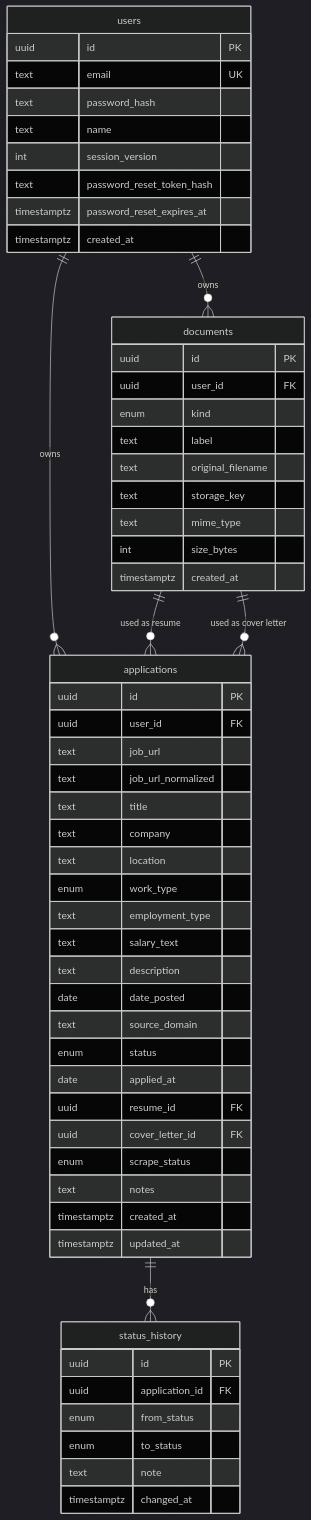
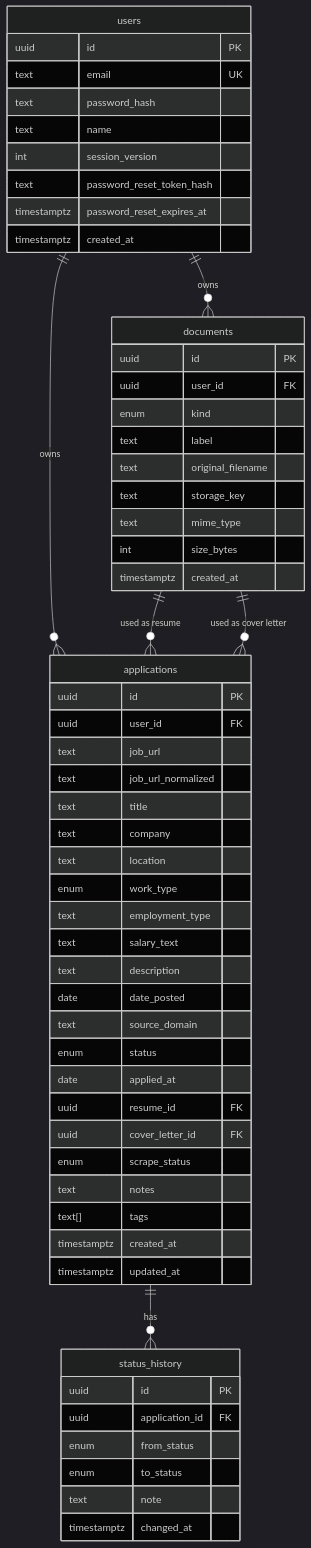
Before and after one commit to aarusa/jobtracker: the diagram in docs/DATA_MODEL.md, drawn with Mermaid (dark theme). The commit also changed other lines of this file and 33 other files, not shown here.

````diff
--- a/docs/DATA_MODEL.md
+++ b/docs/DATA_MODEL.md
@@ -8,61 +8,62 @@
 ```mermaid
 erDiagram
     users ||--o{ applications : owns
     users ||--o{ documents : owns
     applications ||--o{ status_history : has
     documents ||--o{ applications : "used as resume"
     documents ||--o{ applications : "used as cover letter"
 
     users {
         uuid id PK
         text email UK
         text password_hash
         text name
         int session_version
         text password_reset_token_hash
         timestamptz password_reset_expires_at
         timestamptz created_at
     }
     documents {
         uuid id PK
         uuid user_id FK
         enum kind
         text label
         text original_filename
         text storage_key
         text mime_type
         int size_bytes
         timestamptz created_at
     }
     applications {
         uuid id PK
         uuid user_id FK
         text job_url
         text job_url_normalized
         text title
         text company
         text location
         enum work_type
         text employment_type
         text salary_text
         text description
         date date_posted
         text source_domain
         enum status
         date applied_at
         uuid resume_id FK
         uuid cover_letter_id FK
         enum scrape_status
         text notes
+        text[] tags
         timestamptz created_at
         timestamptz updated_at
     }
     status_history {
         uuid id PK
         uuid application_id FK
         enum from_status
         enum to_status
         text note
         timestamptz changed_at
     }
 ```
````
